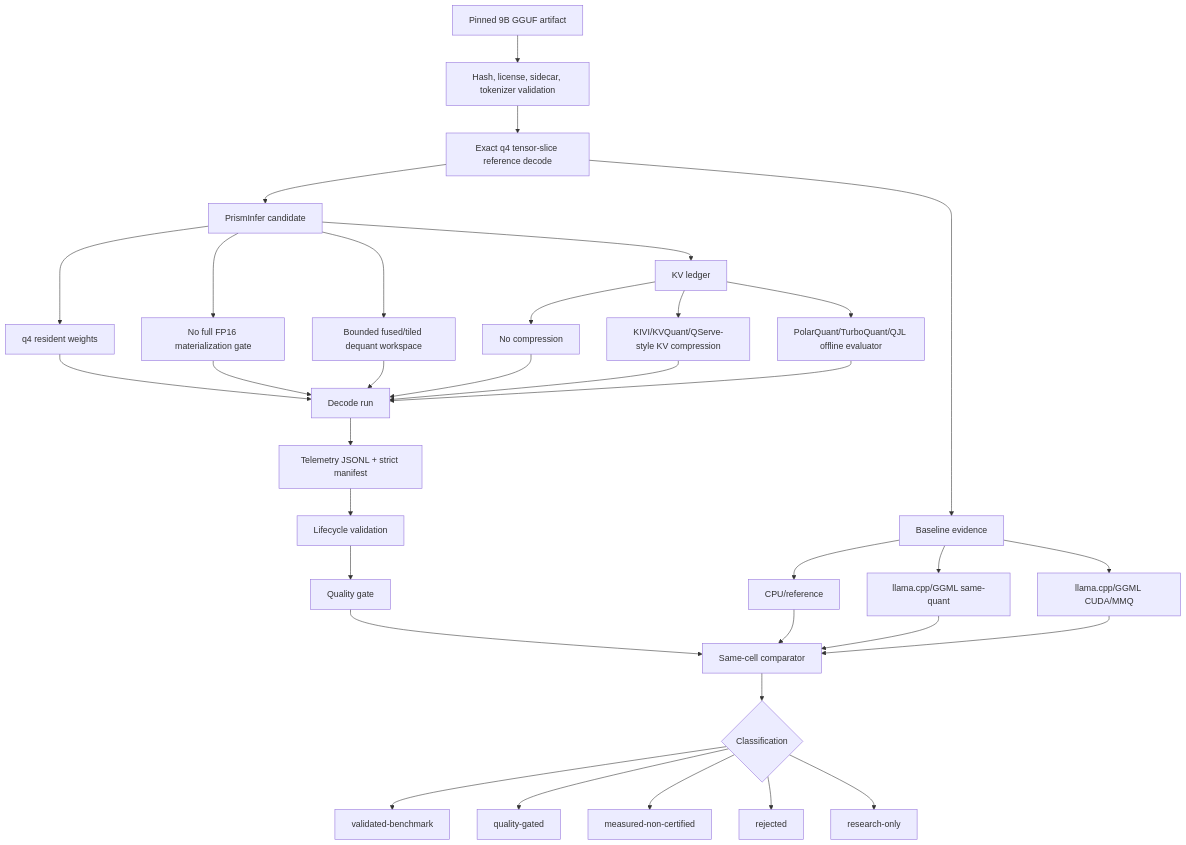
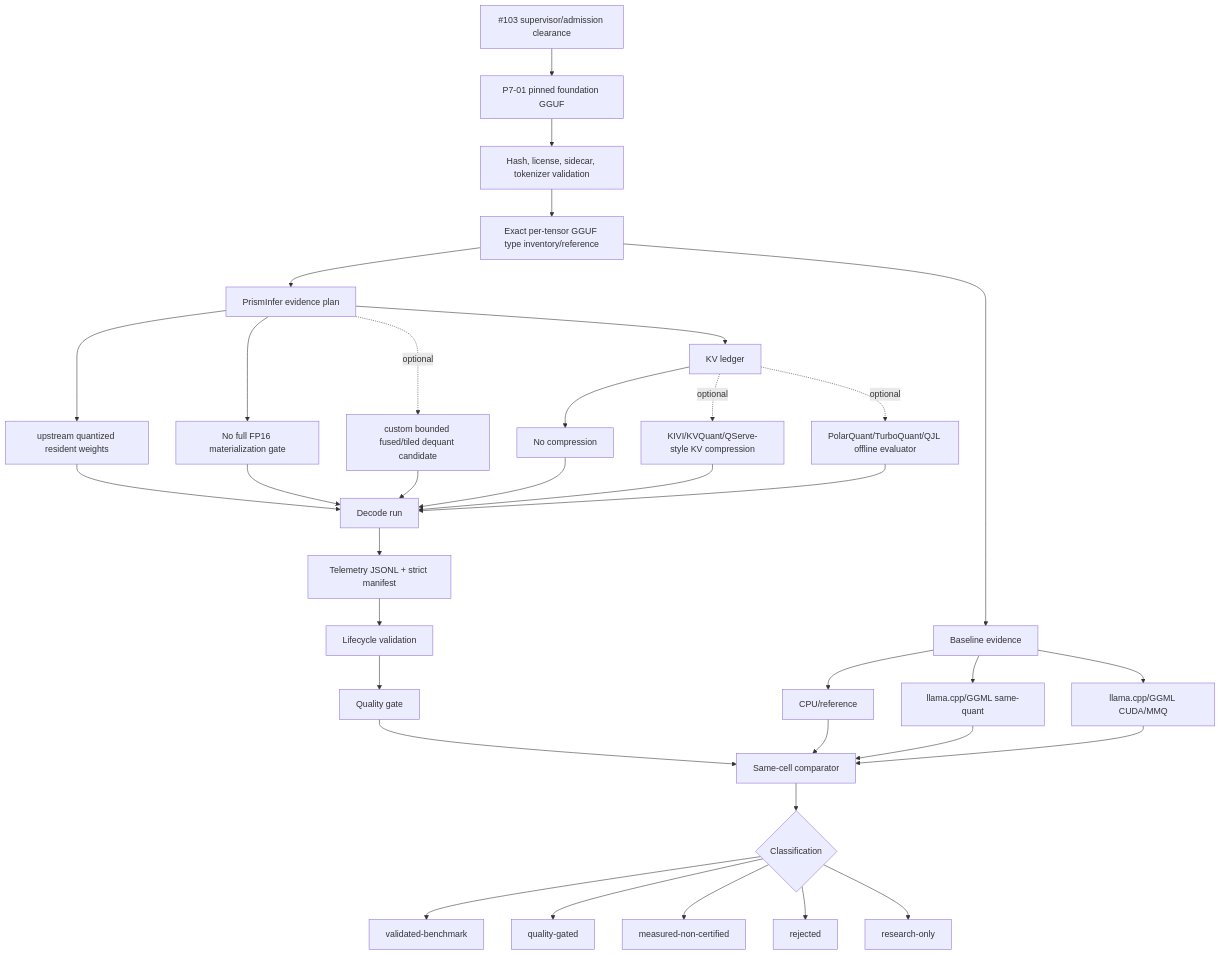
One commit to Gravelaw/prisminfer changed the diagram in docs/phase6-compression-architecture.md. Above: the diagram before and after it, drawn with Mermaid. The commit also changed other lines of this file and 34 other files, not shown here.

Commit message:
Freeze final PrismInfer program plan

````diff
--- a/docs/phase6-compression-architecture.md
+++ b/docs/phase6-compression-architecture.md
@@ -29,36 +35,37 @@
 ```mermaid
 flowchart TD
-  A["Pinned 9B GGUF artifact"] --> B["Hash, license, sidecar, tokenizer validation"]
-  B --> C["Exact q4 tensor-slice reference decode"]
+  SAFE["#103 supervisor/admission clearance"] --> A["P7-01 pinned foundation GGUF"]
+  A --> B["Hash, license, sidecar, tokenizer validation"]
+  B --> C["Exact per-tensor GGUF type inventory/reference"]
   C --> D["Baseline evidence"]
   D --> D1["CPU/reference"]
   D --> D2["llama.cpp/GGML same-quant"]
   D --> D3["llama.cpp/GGML CUDA/MMQ"]
-  C --> E["PrismInfer candidate"]
-  E --> F["q4 resident weights"]
+  C --> E["PrismInfer evidence plan"]
+  E --> F["upstream quantized resident weights"]
   E --> G["No full FP16 materialization gate"]
-  E --> H["Bounded fused/tiled dequant workspace"]
+  E -.->|optional| H["custom bounded fused/tiled dequant candidate"]
   E --> I["KV ledger"]
   I --> J["No compression"]
-  I --> K["KIVI/KVQuant/QServe-style KV compression"]
-  I --> L["PolarQuant/TurboQuant/QJL offline evaluator"]
+  I -.->|optional| K["KIVI/KVQuant/QServe-style KV compression"]
+  I -.->|optional| L["PolarQuant/TurboQuant/QJL offline evaluator"]
   F --> M["Decode run"]
   G --> M
   H --> M
   J --> M
   K --> M
   L --> M
   M --> N["Telemetry JSONL + strict manifest"]
   N --> O["Lifecycle validation"]
   O --> P["Quality gate"]
   P --> Q["Same-cell comparator"]
   D1 --> Q
   D2 --> Q
   D3 --> Q
   Q --> R{"Classification"}
-  R --> S["validated-benchmark"]
+  R --> VB["validated-benchmark"]
   R --> T["quality-gated"]
   R --> U["measured-non-certified"]
   R --> V["rejected"]
   R --> W["research-only"]
 ```
````
